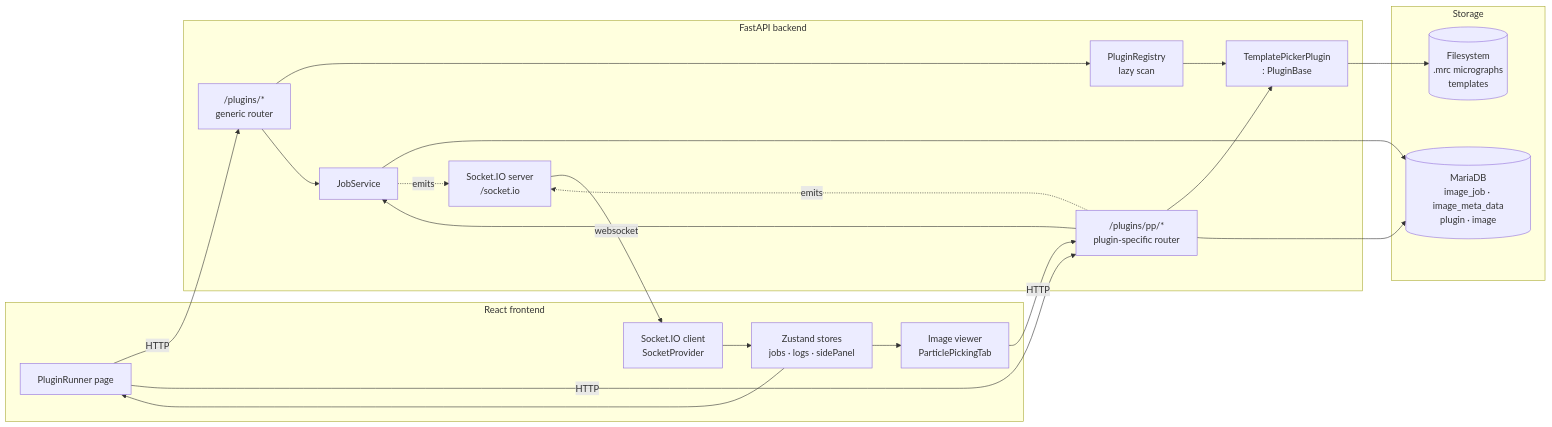
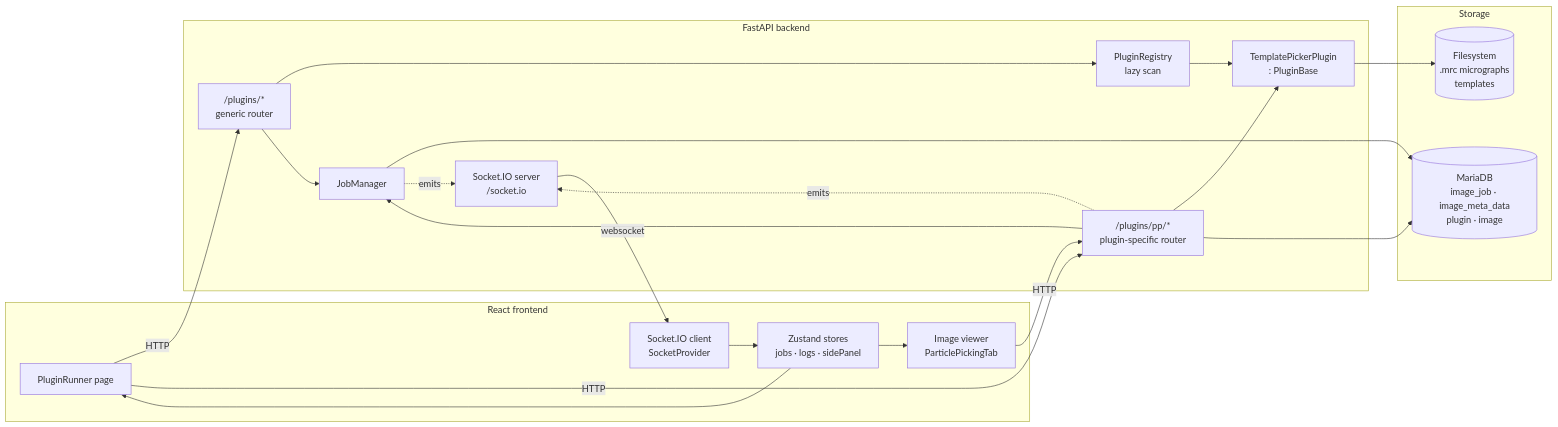
The first of 12 diagrams in CoreService/docs/architecture/PLUGIN_ARCHITECTURE.md (sstagg/Magellon), drawn with Mermaid before and after one commit. The commit also changed other lines of this file and 8 other files, not shown here.

First line of the commit message:
Phase A.3 / N.1: extract JobManager as the single state writer

````diff
--- a/CoreService/docs/architecture/PLUGIN_ARCHITECTURE.md
+++ b/CoreService/docs/architecture/PLUGIN_ARCHITECTURE.md
@@ -20,40 +20,40 @@
 ```mermaid
 flowchart LR
     subgraph Frontend["React frontend"]
         PR[PluginRunner page]
         IV[Image viewer<br/>ParticlePickingTab]
         SocketClient[Socket.IO client<br/>SocketProvider]
         Stores[Zustand stores<br/>jobs · logs · sidePanel]
     end
 
     subgraph Backend["FastAPI backend"]
         GenericRouter["/plugins/* <br/>generic router"]
         PPRouter["/plugins/pp/* <br/>plugin-specific router"]
         Registry[PluginRegistry<br/>lazy scan]
         PluginImpl[TemplatePickerPlugin<br/>: PluginBase]
-        JobSvc[JobService]
+        JobSvc[JobManager]
         Sio[Socket.IO server<br/>/socket.io]
     end
 
     subgraph Storage["Storage"]
         DB[(MariaDB<br/>image_job · image_meta_data<br/>plugin · image)]
         FS[(Filesystem<br/>.mrc micrographs<br/>templates)]
     end
 
     PR -->|HTTP| GenericRouter
     PR -->|HTTP| PPRouter
     IV -->|HTTP| PPRouter
     GenericRouter --> Registry --> PluginImpl
     PPRouter --> PluginImpl
     GenericRouter --> JobSvc
     PPRouter --> JobSvc
     JobSvc --> DB
     PPRouter --> DB
     PluginImpl --> FS
     JobSvc -. emits .-> Sio
     PPRouter -. emits .-> Sio
     Sio -->|websocket| SocketClient
     SocketClient --> Stores
     Stores --> PR
     Stores --> IV
 ```
````
